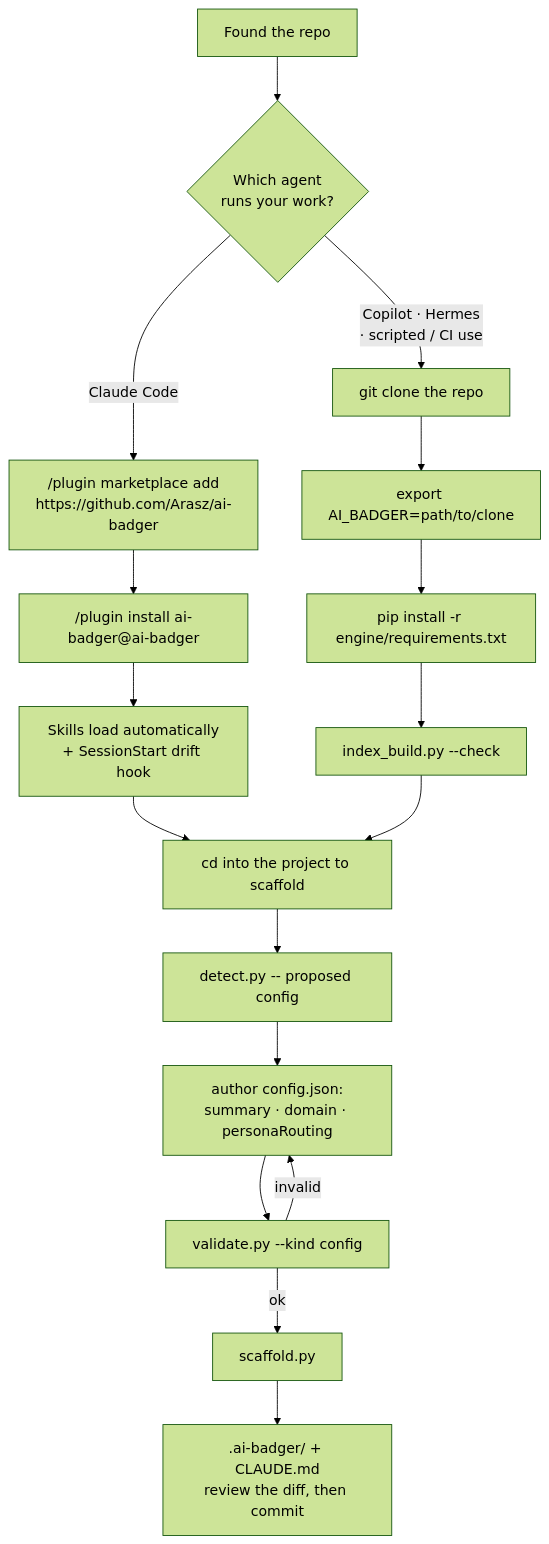
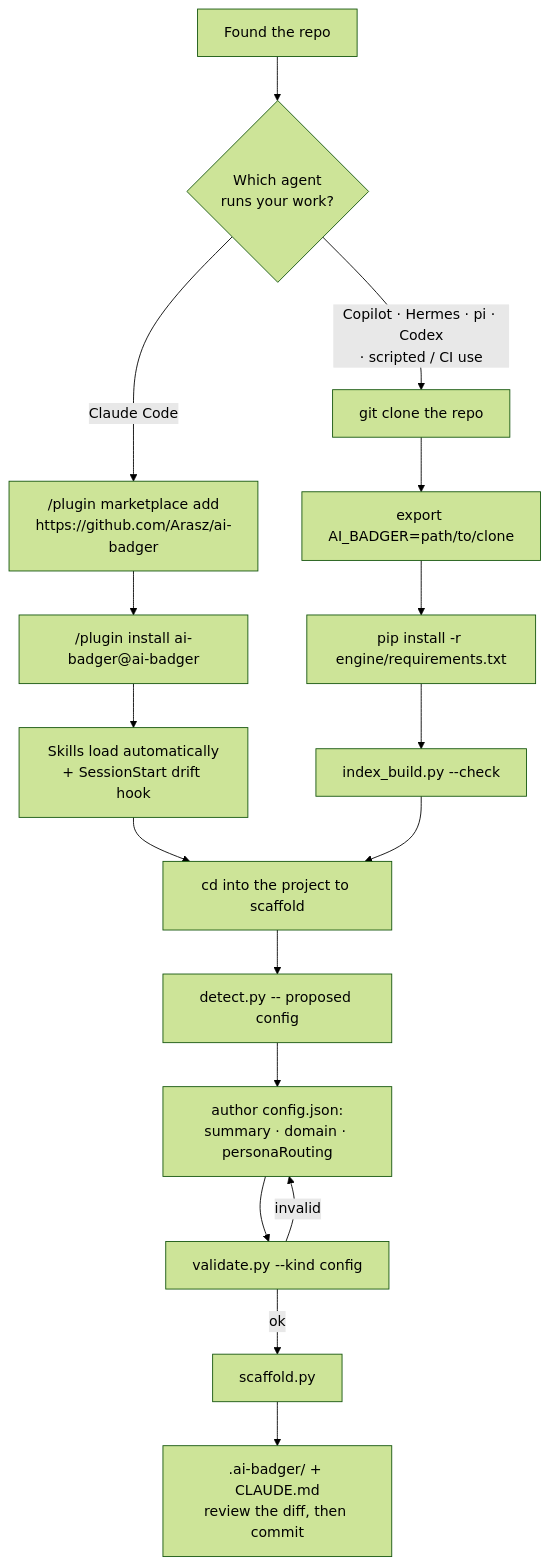
One commit to Arasz/ai-badger changed the first of 3 diagrams in docs/getting-started.md. Above: the diagram before and after it, drawn with Mermaid (forest theme). The commit also changed other lines of this file and 16 other files, not shown here.

````diff
--- a/docs/getting-started.md
+++ b/docs/getting-started.md
@@ -52,19 +49,19 @@
 ```mermaid
 flowchart TD
   A["Found the repo"] --> B{"Which agent<br/>runs your work?"}
   B -->|"Claude Code"| C["/plugin marketplace add<br/>https://github.com/Arasz/ai-badger"]
-  B -->|"Copilot · Hermes<br/>· scripted / CI use"| D["git clone the repo"]
+  B -->|"Copilot · Hermes · pi · Codex<br/>· scripted / CI use"| D["git clone the repo"]
   C --> E["/plugin install ai-badger@ai-badger"]
   E --> F["Skills load automatically<br/>+ SessionStart drift hook"]
   D --> G["export AI_BADGER=path/to/clone"]
   G --> H["pip install -r engine/requirements.txt"]
   H --> I["index_build.py --check"]
   F --> J["cd into the project to scaffold"]
   I --> J
   J --> K["detect.py -- proposed config"]
   K --> L["author config.json:<br/>summary · domain · personaRouting"]
   L --> M["validate.py --kind config"]
   M -->|invalid| L
   M -->|ok| N["scaffold.py"]
   N --> O[".ai-badger/ + CLAUDE.md<br/>review the diff, then commit"]
 ```
````
